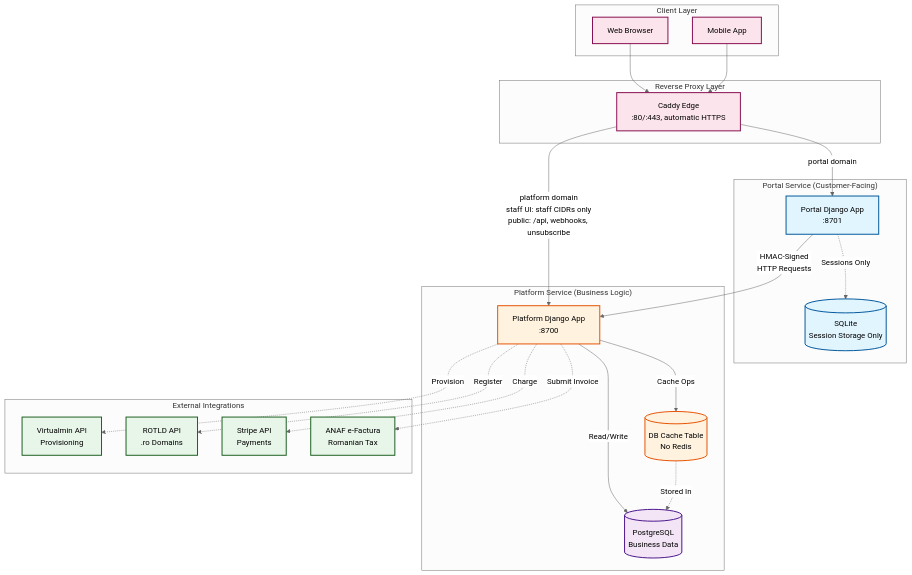
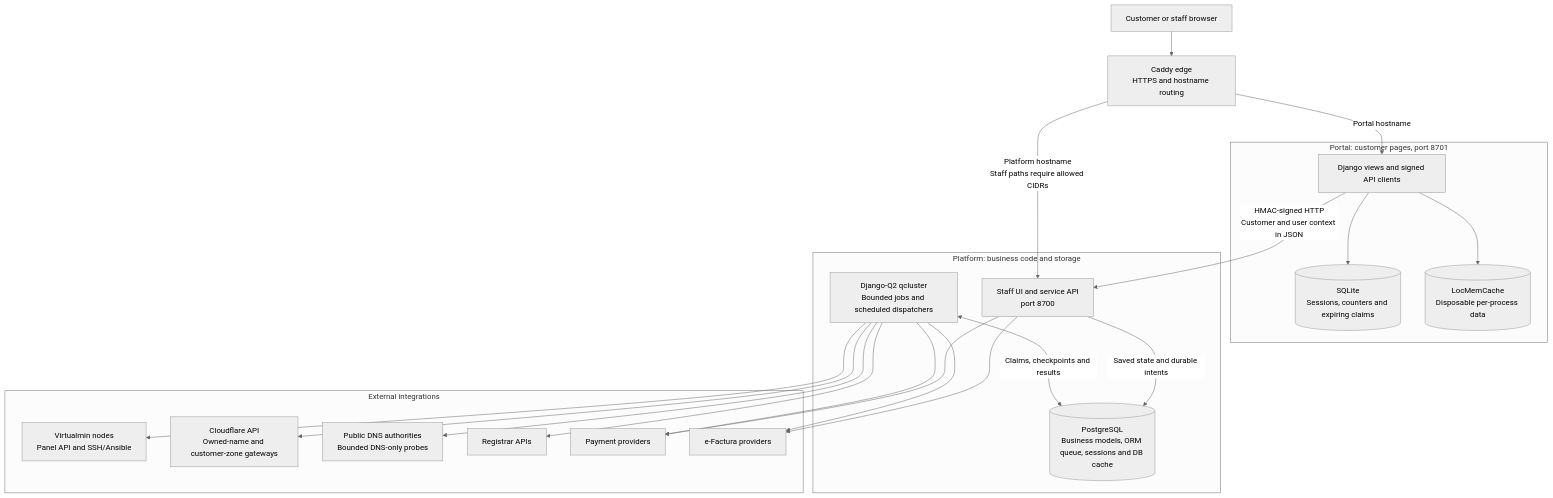
Before and after one commit to captainpragmatic/PRAHO: the diagram in docs/architecture/diagrams/system-overview.mmd, drawn with Mermaid (neutral theme). The commit also changed 150 other files, not shown here.

First line of the commit message:
feat(provisioning): customer DNS monitoring and managed customer zones (#765)

```diff
--- a/docs/architecture/diagrams/system-overview.mmd
+++ b/docs/architecture/diagrams/system-overview.mmd
@@ -1,59 +1,41 @@
-%% PRAHO Platform Architecture - System Overview
-%% Generated: 2026-02-21
-%% Maintainer: Architecture Team
+%% Source snapshot: 2026-10-27, including ADR-0061 Phase 3/4 branches.
+%% Repository responsibilities, not a deployment claim.
+flowchart TB
+    Browser["Customer or staff browser"] --> Caddy["Caddy edge<br/>HTTPS and hostname routing"]
 
-graph TB
-    subgraph "Client Layer"
-        WebBrowser[Web Browser]
-        MobileApp[Mobile App]
+    subgraph PortalService["Portal: customer pages, port 8701"]
+        Portal["Django views and signed API clients"]
+        PortalSQLite[("SQLite<br/>Sessions, counters and expiring claims")]
+        PortalCache[("LocMemCache<br/>Disposable per-process data")]
+        Portal --> PortalSQLite
+        Portal --> PortalCache
     end
 
-    subgraph "Reverse Proxy Layer"
-        Caddy[Caddy Edge<br/>:80/:443, automatic HTTPS]
+    subgraph PlatformService["Platform: business code and storage"]
+        Platform["Staff UI and service API<br/>port 8700"]
+        Worker["Django-Q2 qcluster<br/>Bounded jobs and scheduled dispatchers"]
+        PostgreSQL[("PostgreSQL<br/>Business models, ORM queue, sessions and DB cache")]
+        Platform -->|"Saved state and durable intents"| PostgreSQL
+        Worker <-->|"Claims, checkpoints and results"| PostgreSQL
     end
 
-    subgraph "Portal Service (Customer-Facing)"
-        PortalApp[Portal Django App<br/>:8701]
-        PortalSession[(SQLite<br/>Session Storage Only)]
-        PortalApp -.->|Sessions Only| PortalSession
+    Caddy -->|"Portal hostname"| Portal
+    Caddy -->|"Platform hostname<br/>Staff paths require allowed CIDRs"| Platform
+    Portal -->|"HMAC-signed HTTP<br/>Customer and user context in JSON"| Platform
+
+    subgraph Integrations["External integrations"]
+        Virtualmin["Virtualmin nodes<br/>Panel API and SSH/Ansible"]
+        Cloudflare["Cloudflare API<br/>Owned-name and customer-zone gateways"]
+        DNS["Public DNS authorities<br/>Bounded DNS-only probes"]
+        Registrars["Registrar APIs"]
+        Payments["Payment providers"]
+        Tax["e-Factura providers"]
     end
-
-    subgraph "Platform Service (Business Logic)"
-        PlatformApp[Platform Django App<br/>:8700]
-        PlatformDB[(PostgreSQL<br/>Business Data)]
-        CacheTable[(DB Cache Table<br/>No Redis)]
-        PlatformApp -->|Read/Write| PlatformDB
-        PlatformApp -->|Cache Ops| CacheTable
-        CacheTable -.->|Stored In| PlatformDB
-    end
-
-    subgraph "External Integrations"
-        Virtualmin[Virtualmin API<br/>Provisioning]
-        ROTLD[ROTLD API<br/>.ro Domains]
-        Stripe[Stripe API<br/>Payments]
-        ANAF[ANAF e-Factura<br/>Romanian Tax]
-    end
-
-    WebBrowser --> Caddy
-    MobileApp --> Caddy
-    Caddy -->|portal domain| PortalApp
-    Caddy -->|platform domain<br/>staff UI: staff CIDRs only<br/>public: /api, webhooks, unsubscribe| PlatformApp
-
-    PortalApp -->|HMAC-Signed<br/>HTTP Requests| PlatformApp
-
-    PlatformApp -.->|Provision| Virtualmin
-    PlatformApp -.->|Register| ROTLD
-    PlatformApp -.->|Charge| Stripe
-    PlatformApp -.->|Submit Invoice| ANAF
-
-    classDef portal fill:#e1f5ff,stroke:#01579b,stroke-width:2px
-    classDef platform fill:#fff3e0,stroke:#e65100,stroke-width:2px
-    classDef db fill:#f3e5f5,stroke:#4a148c,stroke-width:2px
-    classDef external fill:#e8f5e9,stroke:#1b5e20,stroke-width:2px
-    classDef client fill:#fce4ec,stroke:#880e4f,stroke-width:2px
-
-    class PortalApp,PortalSession portal
-    class PlatformApp,CacheTable platform
-    class PlatformDB db
-    class Virtualmin,ROTLD,Stripe,ANAF external
-    class WebBrowser,MobileApp,Caddy client
+    Worker --> Virtualmin
+    Worker --> Cloudflare
+    Worker --> DNS
+    Worker --> Registrars
+    Platform --> Payments
+    Platform --> Tax
+    Worker --> Payments
+    Worker --> Tax
```
